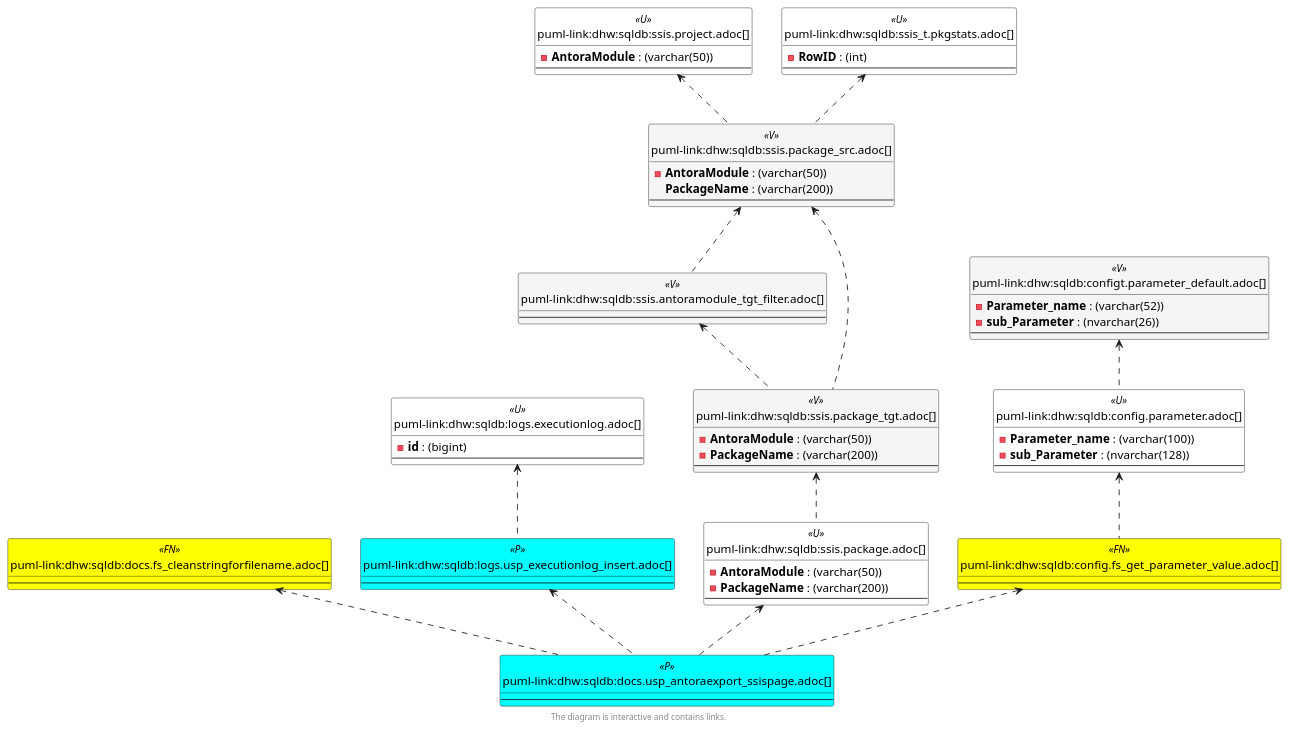
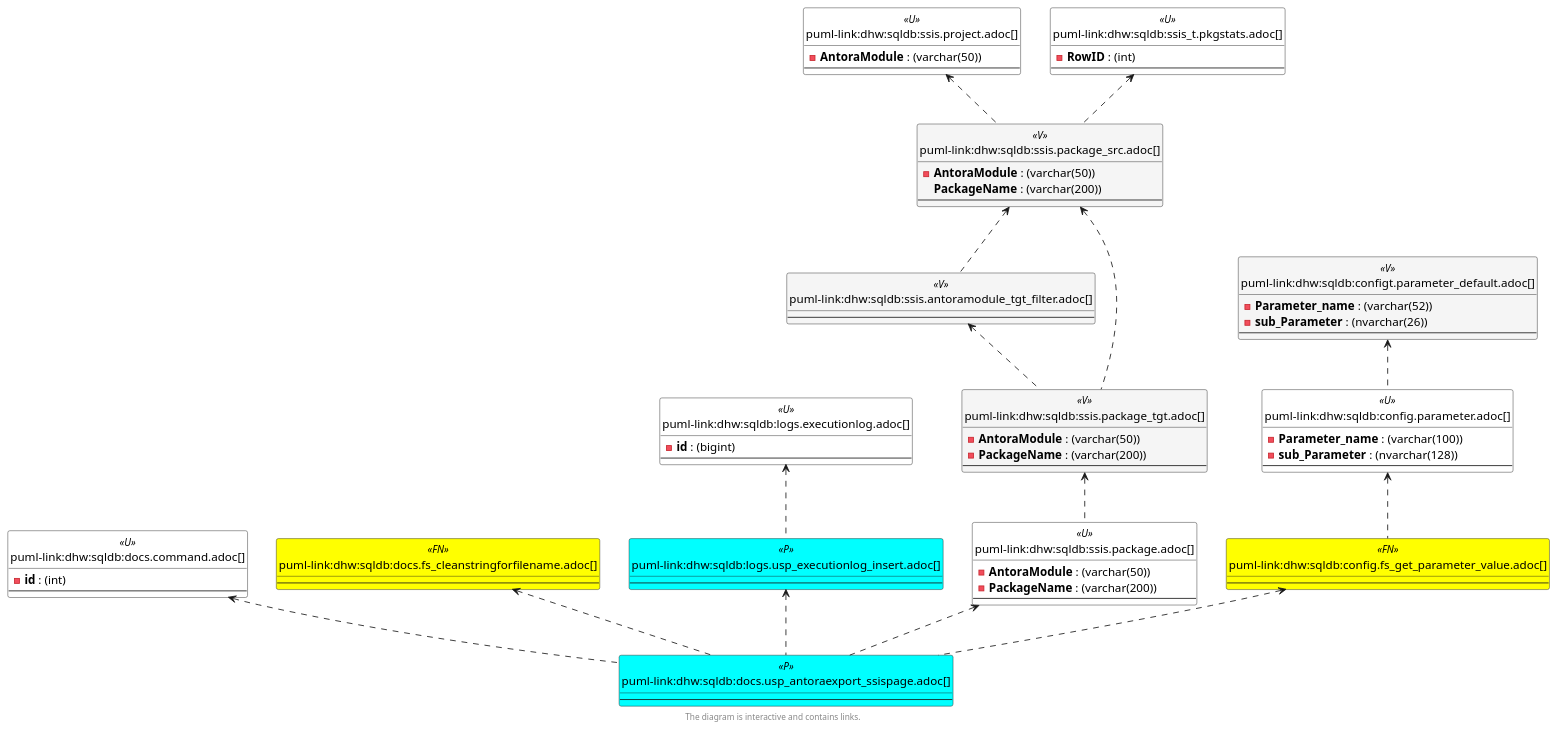
One commit to DataHandwerk/dhw-antora-sqldb changed the fourth of 6 diagrams in docs/modules/sqldb/partials/content/docs.usp_antoraexport_ssispage.adoc. Above: the diagram before and after it, drawn with PlantUML. The commit also changed other lines of this file and 701 other files, not shown here.

```diff
--- a/docs/modules/sqldb/partials/content/docs.usp_antoraexport_ssispage.adoc
+++ b/docs/modules/sqldb/partials/content/docs.usp_antoraexport_ssispage.adoc
@@ -740,6 +752,11 @@
 entity "puml-link:dhw:sqldb:configt.parameter_default.adoc[]" as configT.Parameter_default << V >> {
   - **Parameter_name** : (varchar(52))
   - **sub_Parameter** : (nvarchar(26))
+  --
+}
+
+entity "puml-link:dhw:sqldb:docs.command.adoc[]" as docs.command << U >> {
+  - **id** : (int)
   --
 }
 
@@ -795,13 +812,14 @@
 config.fs_get_parameter_value <.. docs.usp_AntoraExport_SsisPage
 config.Parameter <.. config.fs_get_parameter_value
 configT.Parameter_default <.. config.Parameter
+docs.command <.. docs.usp_AntoraExport_SsisPage
 docs.fs_cleanStringForFilename <.. docs.usp_AntoraExport_SsisPage
 logs.ExecutionLog <.. logs.usp_ExecutionLog_insert
 logs.usp_ExecutionLog_insert <.. docs.usp_AntoraExport_SsisPage
 ssis.AntoraModule_tgt_filter <.. ssis.Package_tgt
 ssis.Package <.. docs.usp_AntoraExport_SsisPage
+ssis.Package_src <.. ssis.AntoraModule_tgt_filter
 ssis.Package_src <.. ssis.Package_tgt
-ssis.Package_src <.. ssis.AntoraModule_tgt_filter
 ssis.Package_tgt <.. ssis.Package
 ssis.Project <.. ssis.Package_src
 ssis_t.pkgStats <.. ssis.Package_src
```
